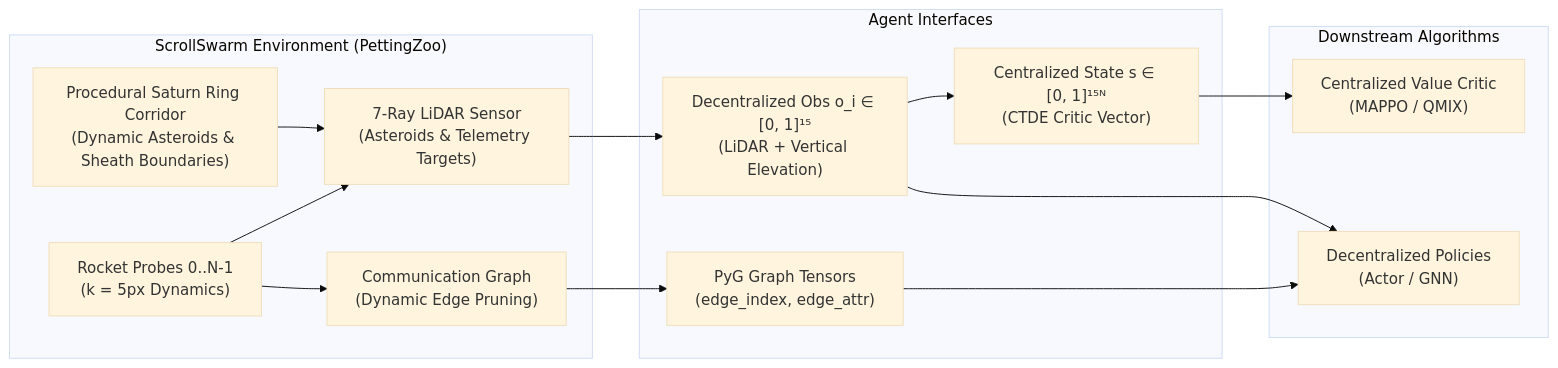
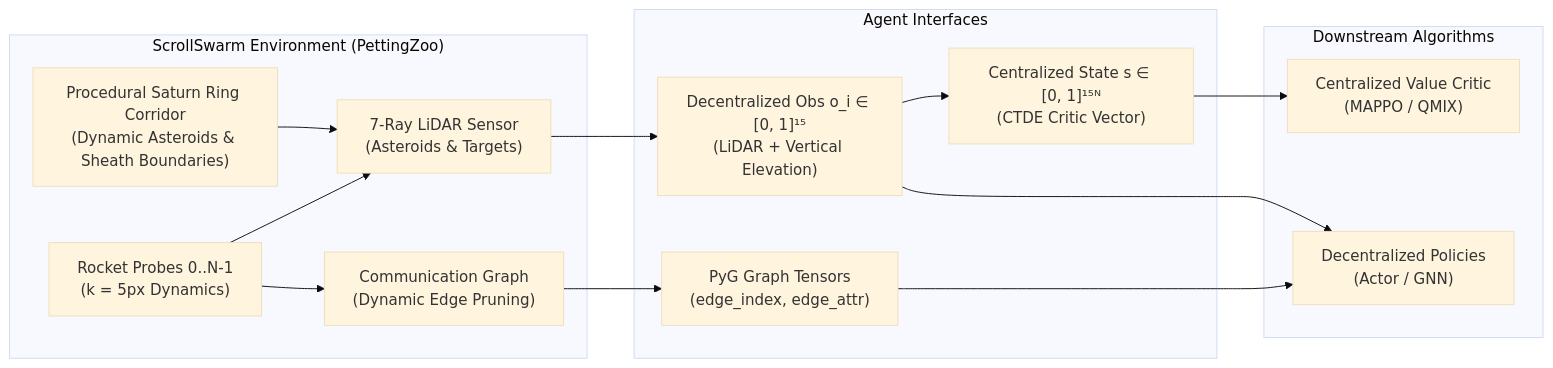
Before and after one commit to HamBa-m/scrollswarm: the diagram in docs/index.md, drawn with Mermaid (base theme). The commit also changed other lines of this file and 7 other files, not shown here.

````diff
--- a/docs/index.md
+++ b/docs/index.md
@@ -25,30 +25,30 @@
 ```mermaid
 graph LR
     subgraph Environment ["ScrollSwarm Environment (PettingZoo)"]
         Map["Procedural Saturn Ring Corridor<br/>(Dynamic Asteroids & Sheath Boundaries)"]
         Agents["Rocket Probes 0..N-1<br/>(k = 5px Dynamics)"]
-        LiDAR["7-Ray LiDAR Sensor<br/>(Asteroids & Telemetry Targets)"]
+        LiDAR["7-Ray LiDAR Sensor<br/>(Asteroids & Targets)"]
         Graph["Communication Graph<br/>(Dynamic Edge Pruning)"]
     end
 
     subgraph Observations ["Agent Interfaces"]
         Obs["Decentralized Obs o_i ∈ [0, 1]¹⁵<br/>(LiDAR + Vertical Elevation)"]
         GlobalState["Centralized State s ∈ [0, 1]¹⁵ᴺ<br/>(CTDE Critic Vector)"]
         PyGData["PyG Graph Tensors<br/>(edge_index, edge_attr)"]
     end
 
     subgraph MARL ["Downstream Algorithms"]
         Actors["Decentralized Policies<br/>(Actor / GNN)"]
         Critic["Centralized Value Critic<br/>(MAPPO / QMIX)"]
     end
 
     Map --> LiDAR
     Agents --> LiDAR
     Agents --> Graph
     LiDAR --> Obs
     Obs --> GlobalState
     Graph --> PyGData
     Obs --> Actors
     GlobalState --> Critic
     PyGData --> Actors
 ```
````
